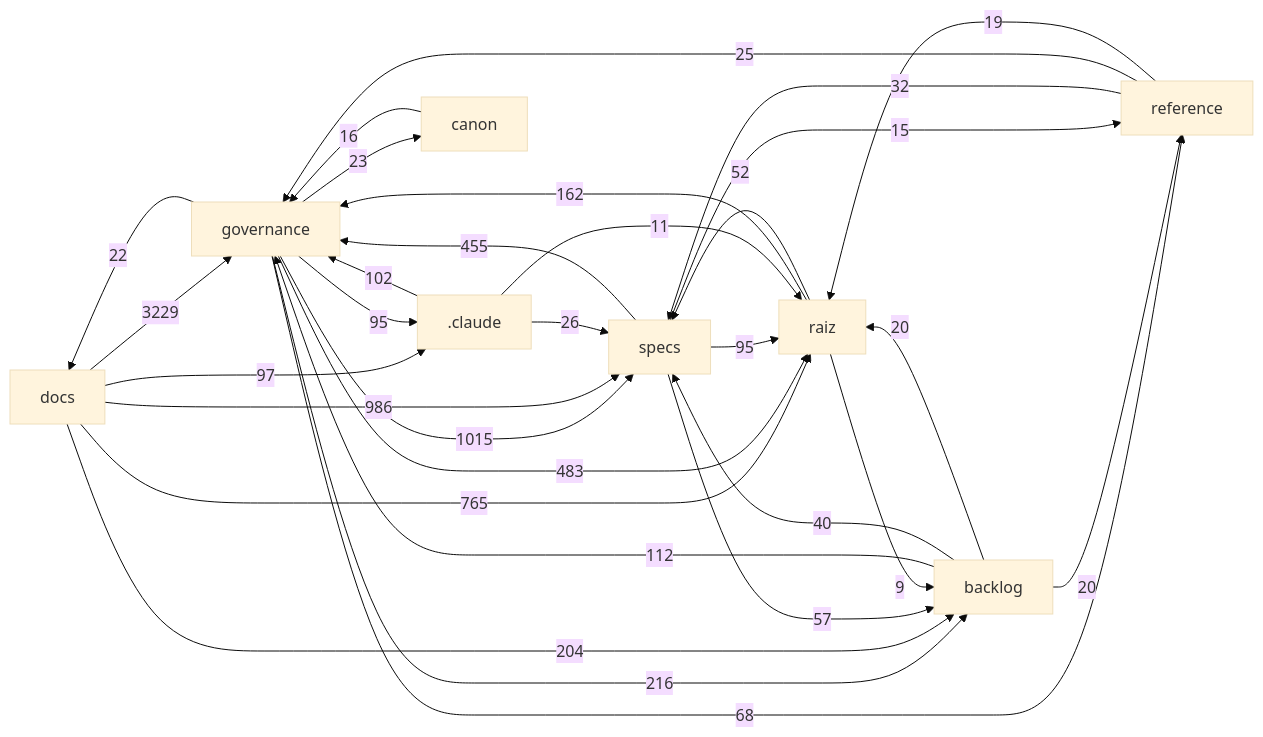
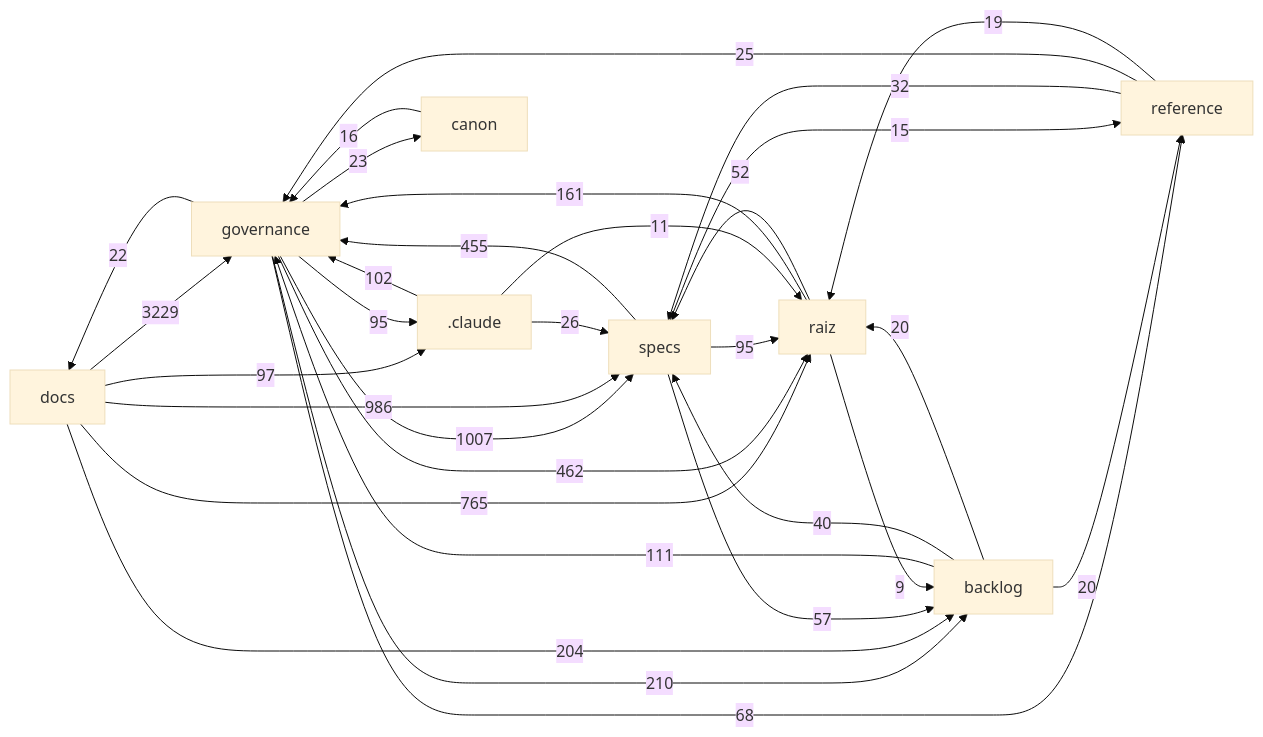
One commit to Andraus35/Sistema-Operacional-de-Trading--SOT changed the diagram in docs/mapa/MAPA-PROJETO.md. Above: the diagram before and after it, drawn with Mermaid (base theme). The commit also changed other lines of this file and 44 other files, not shown here.

````diff
--- a/docs/mapa/MAPA-PROJETO.md
+++ b/docs/mapa/MAPA-PROJETO.md
@@ -29,33 +29,33 @@
 ```mermaid
 flowchart LR
   docs["docs"] -->|3229| governance["governance"]
-  governance["governance"] -->|1015| specs["specs"]
+  governance["governance"] -->|1007| specs["specs"]
   docs["docs"] -->|986| specs["specs"]
   docs["docs"] -->|765| raiz["raiz"]
-  governance["governance"] -->|483| raiz["raiz"]
+  governance["governance"] -->|462| raiz["raiz"]
   specs["specs"] -->|455| governance["governance"]
-  governance["governance"] -->|216| backlog["backlog"]
+  governance["governance"] -->|210| backlog["backlog"]
   docs["docs"] -->|204| backlog["backlog"]
-  raiz["raiz"] -->|162| governance["governance"]
-  backlog["backlog"] -->|112| governance["governance"]
+  raiz["raiz"] -->|161| governance["governance"]
+  backlog["backlog"] -->|111| governance["governance"]
   _claude[".claude"] -->|102| governance["governance"]
   docs["docs"] -->|97| _claude[".claude"]
   governance["governance"] -->|95| _claude[".claude"]
   specs["specs"] -->|95| raiz["raiz"]
   governance["governance"] -->|68| reference["reference"]
   specs["specs"] -->|57| backlog["backlog"]
   raiz["raiz"] -->|52| specs["specs"]
   backlog["backlog"] -->|40| specs["specs"]
   reference["reference"] -->|32| specs["specs"]
   _claude[".claude"] -->|26| specs["specs"]
   reference["reference"] -->|25| governance["governance"]
   governance["governance"] -->|23| canon["canon"]
   governance["governance"] -->|22| docs["docs"]
   backlog["backlog"] -->|20| raiz["raiz"]
   backlog["backlog"] -->|20| reference["reference"]
   reference["reference"] -->|19| raiz["raiz"]
   canon["canon"] -->|16| governance["governance"]
   specs["specs"] -->|15| reference["reference"]
   _claude[".claude"] -->|11| raiz["raiz"]
   raiz["raiz"] -->|9| backlog["backlog"]
 ```
````
